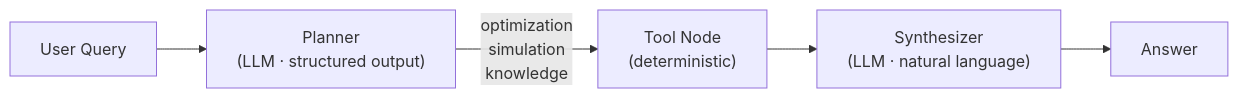
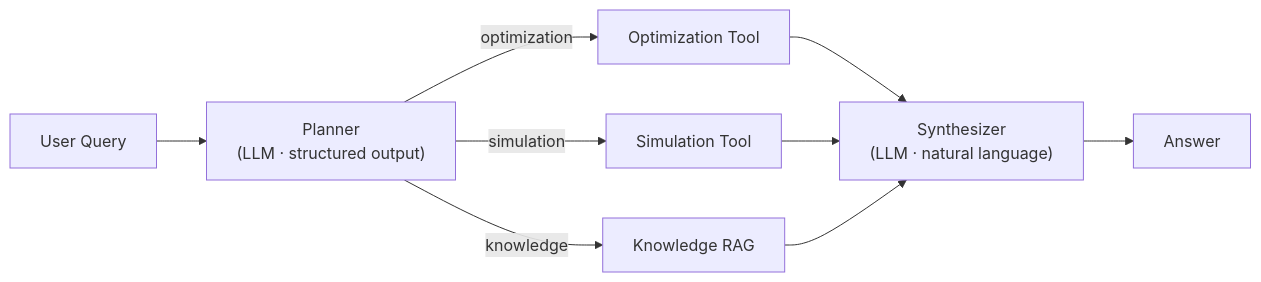
Before and after one commit to gmateosAWS/decision-intelligence-agent: the second of 3 diagrams in README.md, drawn with Mermaid. The commit also changed other lines of this file, not shown here.

Commit message:
fix: correct Agent Execution Flow mermaid diagram
Replace single broken edge label 'optimization\nsimulation\nknowledge'
with three explicit branches (optimization, simulation, knowledge),
each connecting Planner to its dedicated tool node.
\n in edge labels is not valid Mermaid syntax.

````diff
--- a/README.md
+++ b/README.md
@@ -112,13 +112,19 @@
 ```mermaid
 flowchart LR
     User[User Query]
     Planner["Planner\n(LLM · structured output)"]
-    Tool["Tool Node\n(deterministic)"]
+    Opt[Optimization Tool]
+    Sim[Simulation Tool]
+    Know[Knowledge RAG]
     Synth["Synthesizer\n(LLM · natural language)"]
     Answer[Answer]
 
     User --> Planner
-    Planner -->|"optimization\nsimulation\nknowledge"| Tool
-    Tool --> Synth
+    Planner -->|optimization| Opt
+    Planner -->|simulation| Sim
+    Planner -->|knowledge| Know
+    Opt --> Synth
+    Sim --> Synth
+    Know --> Synth
     Synth --> Answer
 ```
````
